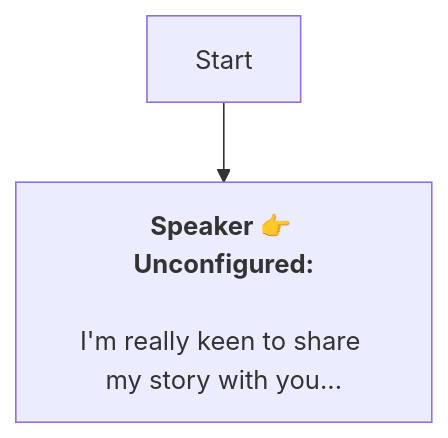
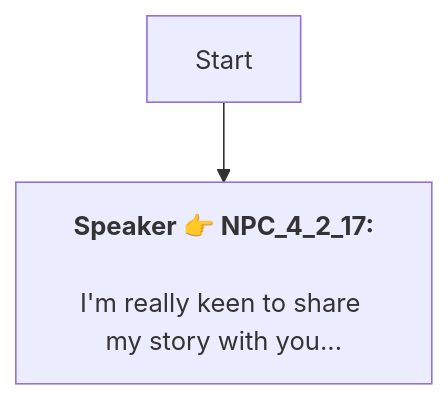
One commit to SoftHu/tos_avg changed the diagram in En/QuestApproachDialogNode_1738357867219030.md. Above: the diagram before and after it, drawn with Mermaid. The commit also changed 737 other files, not shown here.

````diff
--- a/En/QuestApproachDialogNode_1738357867219030.md
+++ b/En/QuestApproachDialogNode_1738357867219030.md
@@ -1,7 +1,6 @@
 ```mermaid
 graph
-Start -->1738357909404762[<b>Speaker 👉 Unconfigured:</b>
+Start -->1738357909404762[<b>Speaker 👉 NPC_4_2_17:</b>
+\nI'm really keen to share my story with you...]
 
-I'm really keen to share my story with you...]
-
- ```
+```
````
